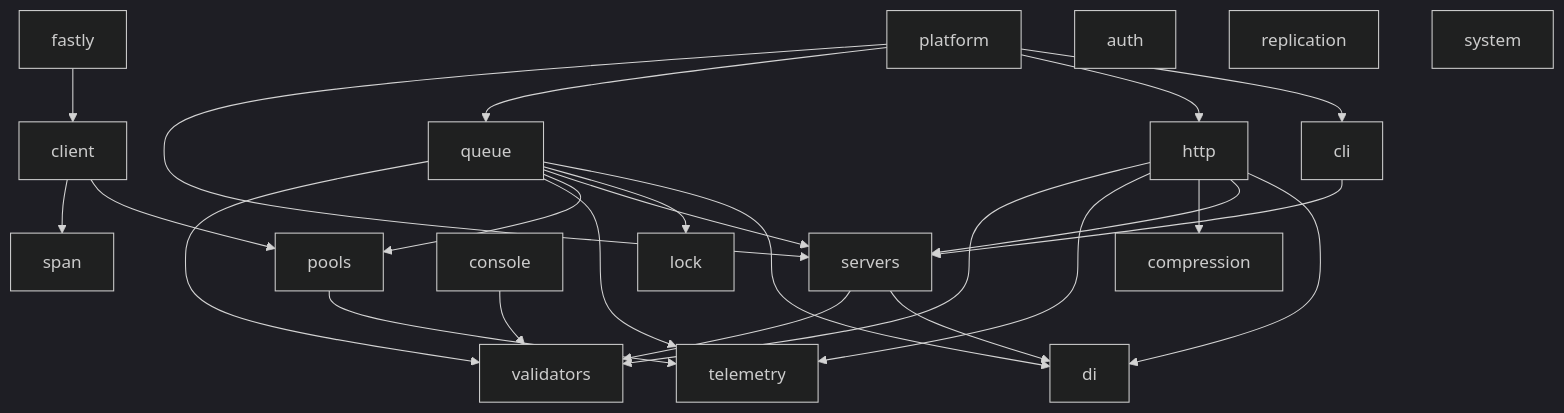
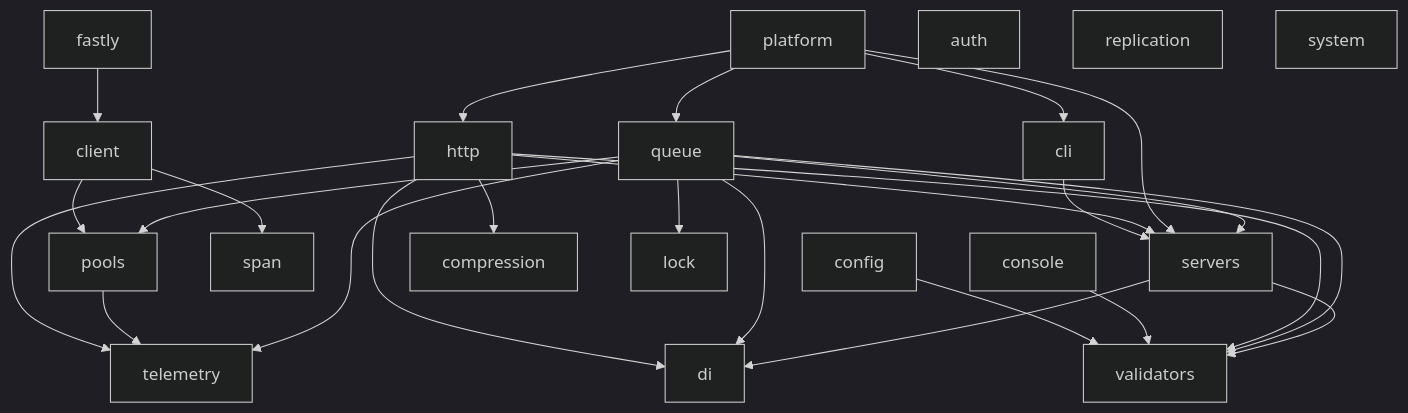
Before and after one commit to utopia-php/monorepo: the diagram in README.md, drawn with Mermaid (dark theme). The commit also changed 27 other files, not shown here.

````diff
--- a/README.md
+++ b/README.md
@@ -46,29 +46,30 @@
 ```mermaid
 graph TD
     cli --> servers
     client --> pools
     client --> span
+    config --> validators
     console --> validators
     fastly --> client
     http --> di
     http --> servers
     http --> compression
     http --> telemetry
     http --> validators
     platform --> cli
     platform --> http
     platform --> queue
     platform --> servers
     pools --> telemetry
     queue --> di
     queue --> lock
     queue --> servers
     queue --> pools
     queue --> telemetry
     queue --> validators
     servers --> di
     servers --> validators
     auth
     replication
     system
 ```
````
